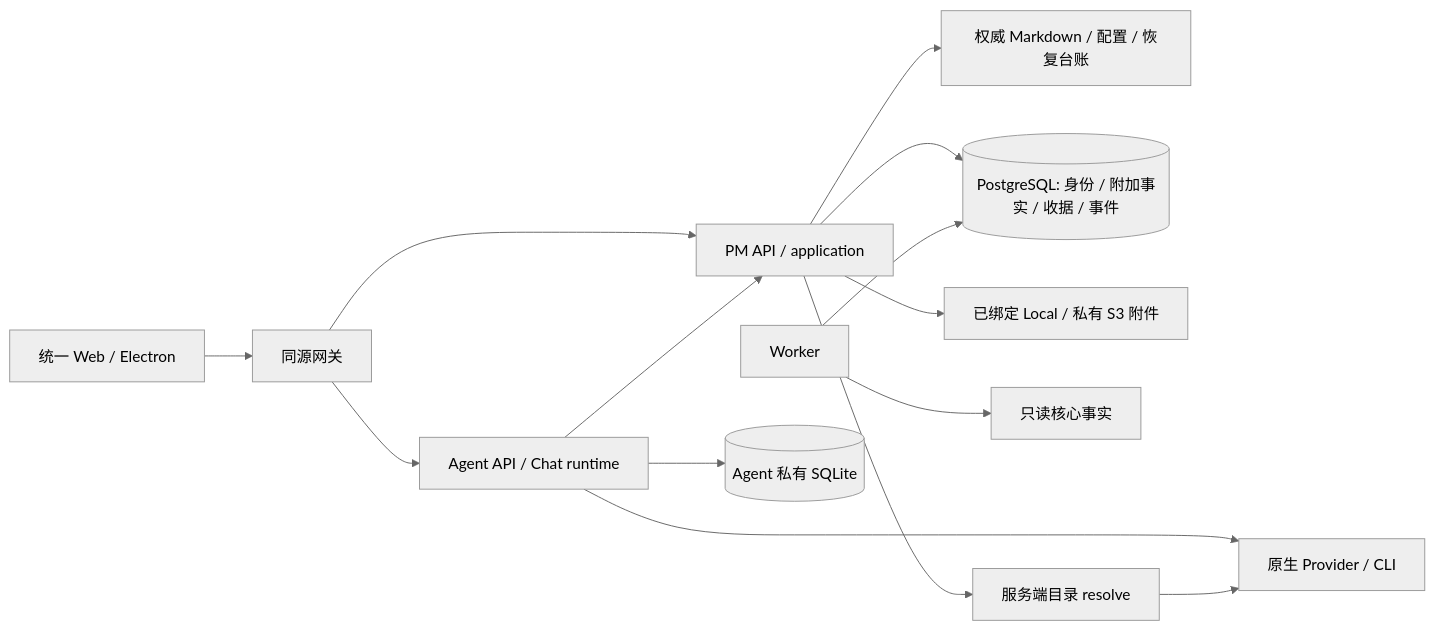
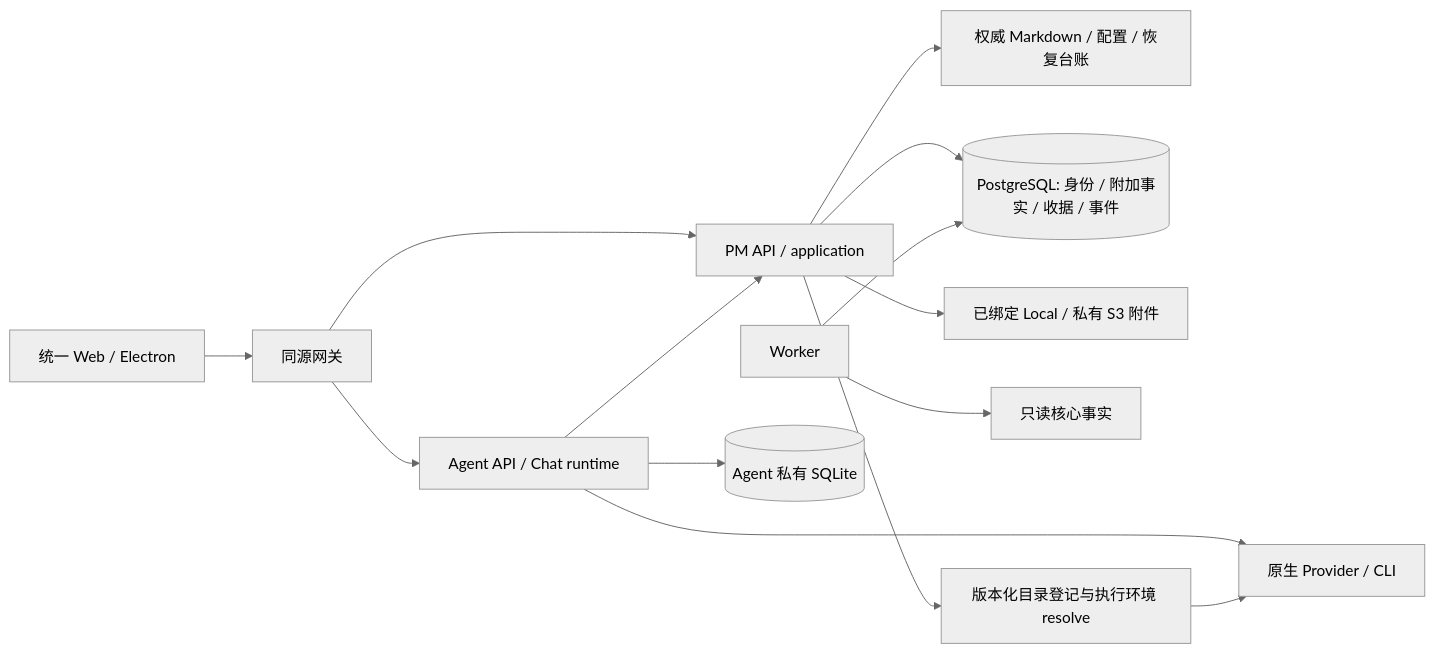
One commit to Crsei/project-management-agent-v4 changed the diagram in docs/architecture/context.md. Above: the diagram before and after it, drawn with Mermaid (neutral theme). The commit also changed other lines of this file and 704 other files, not shown here.

````diff
--- a/docs/architecture/context.md
+++ b/docs/architecture/context.md
@@ -5,16 +5,16 @@
 ```mermaid
 flowchart LR
     Client[统一 Web / Electron] --> Gateway[同源网关]
     Gateway --> PM[PM API / application]
     Gateway --> Agent[Agent API / Chat runtime]
     PM --> Core[权威 Markdown / 配置 / 恢复台账]
     PM --> PG[(PostgreSQL: 身份 / 附加事实 / 收据 / 事件)]
     PM --> Blob[已绑定 Local / 私有 S3 附件]
     Worker[Worker] --> PG
     Worker --> CoreRead[只读核心事实]
     Agent --> SQLite[(Agent 私有 SQLite)]
     Agent --> Provider[原生 Provider / CLI]
     Agent --> PM
-    PM --> Scope[服务端目录 resolve]
+    PM --> Scope[版本化目录登记与执行环境 resolve]
     Scope --> Provider
 ```
````
